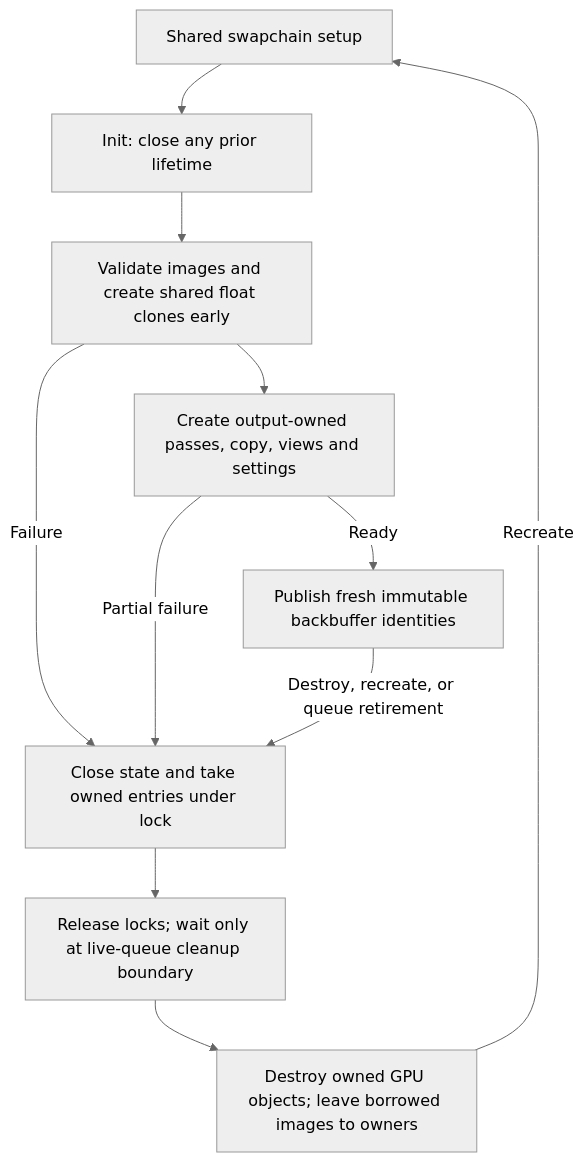
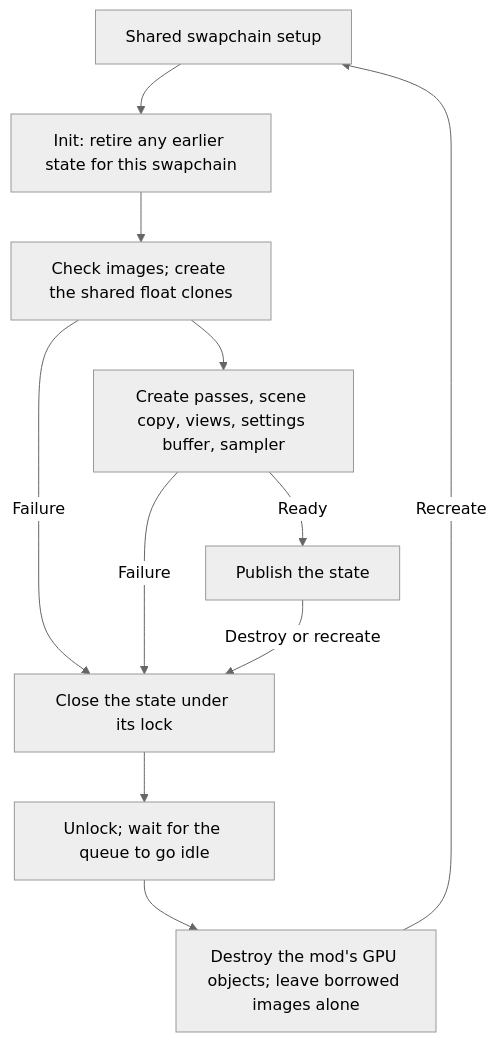
Before and after one commit to clshortfuse/renodx: the third of 3 diagrams in src/games/rdr2vk/ARCHITECTURE.md, drawn with Mermaid (neutral theme). The commit also changed other lines of this file and 10 other files, not shown here.

````diff
--- a/src/games/rdr2vk/ARCHITECTURE.md
+++ b/src/games/rdr2vk/ARCHITECTURE.md
@@ -129,13 +111,13 @@
 ```mermaid
 flowchart TD
-    A["Shared swapchain setup"] --> B["Init: close any prior lifetime"]
-    B --> C["Validate images and create shared float clones early"]
-    C --> D["Create output-owned passes, copy, views and settings"]
-    D -->|Ready| E["Publish fresh immutable backbuffer identities"]
-    C -->|Failure| F["Close state and take owned entries under lock"]
-    D -->|Partial failure| F
-    E -->|Destroy, recreate, or queue retirement| F
-    F --> G["Release locks; wait only at live-queue cleanup boundary"]
-    G --> H["Destroy owned GPU objects; leave borrowed images to owners"]
+    A["Shared swapchain setup"] --> B["Init: retire any earlier state for this swapchain"]
+    B --> C["Check images; create the shared float clones"]
+    C --> D["Create passes, scene copy, views, settings buffer, sampler"]
+    D -->|Ready| E["Publish the state"]
+    C -->|Failure| F["Close the state under its lock"]
+    D -->|Failure| F
+    E -->|Destroy or recreate| F
+    F --> G["Unlock; wait for the queue to go idle"]
+    G --> H["Destroy the mod's GPU objects; leave borrowed images alone"]
     H -->|Recreate| A
 ```
````
